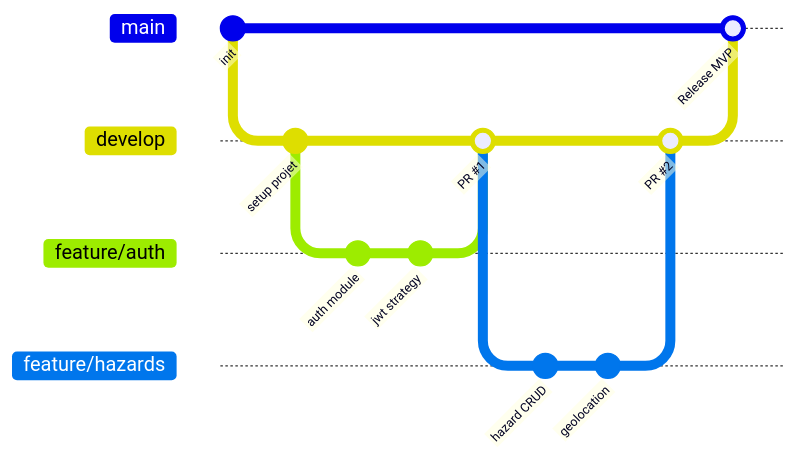
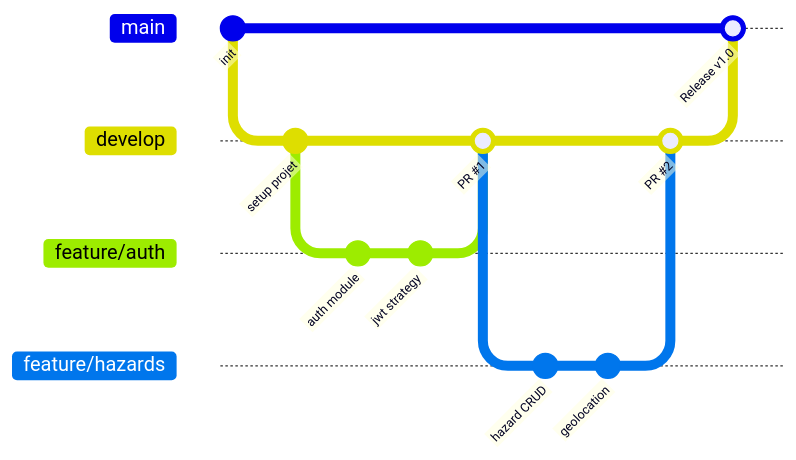
The second of 8 diagrams in docs/METHODOLOGIE.md (CitizenAlert/CitizenAlert), drawn with Mermaid before and after one commit. The commit also changed other lines of this file and 13 other files, not shown here.

````diff
--- a/docs/METHODOLOGIE.md
+++ b/docs/METHODOLOGIE.md
@@ -260,21 +244,21 @@
 ```mermaid
 gitGraph
     commit id: "init"
     branch develop
     checkout develop
     commit id: "setup projet"
     branch feature/auth
     checkout feature/auth
     commit id: "auth module"
     commit id: "jwt strategy"
     checkout develop
     merge feature/auth id: "PR #1"
     branch feature/hazards
     checkout feature/hazards
     commit id: "hazard CRUD"
     commit id: "geolocation"
     checkout develop
     merge feature/hazards id: "PR #2"
     checkout main
-    merge develop id: "Release MVP"
+    merge develop id: "Release v1.0"
 ```
````
